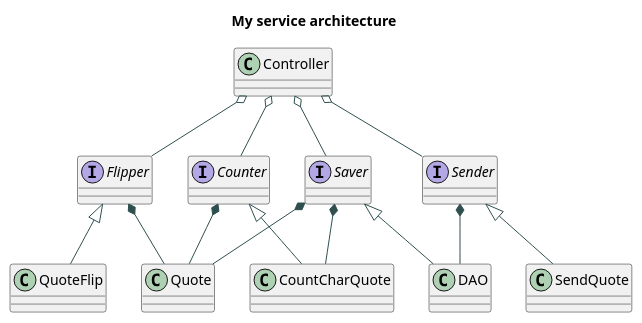
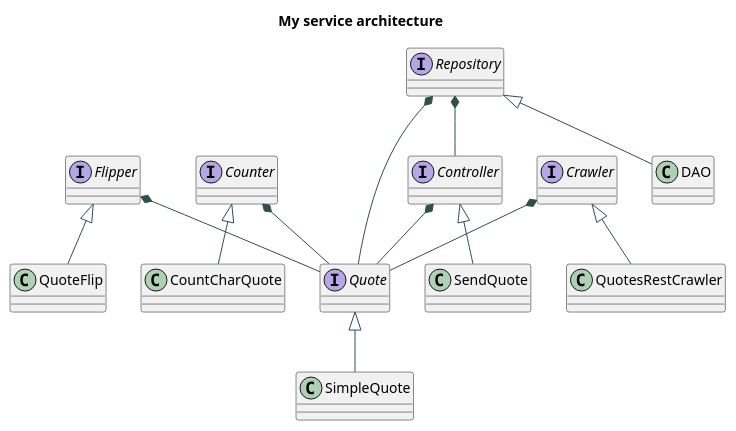
Before and after one commit to Denjer-den/kafkaProject: the diagram in TestUML.puml, drawn with PlantUML.

Commit message:
Add final changes in diagram

```diff
--- a/TestUML.puml
+++ b/TestUML.puml
@@ -1,53 +1,57 @@
 @startuml
 Title "My service architecture"
 skinparam {
   ArrowColor DarkSlateGray
   ActorBorderColor DarkSlateGray
   ActorBackgroundColor SteelBlue
   ActorFontColor DarkSlateGray
   ParticipantBorderColor DarkSlateGray
   ParticipantBackgroundColor SteelBlue
   ParticipantFontColor White
   DatabaseBorderColor DarkSlateGray
   DatabaseBackgroundColor SteelBlue
   LifeLineBorderColor DarkSlateGray
   LifeLineBackgroundColor SteelBlue
   CollectionsBorderColor DarkSlateGray
   CollectionsBackgroundColor RoyalBlue
 }
 
-class Controller
+class SimpleQuote
+
+interface Quote
+
 
 interface Flipper
 
 class QuoteFlip
 
 interface Counter
 
 class CountCharQuote
 
-class Quote
-
-interface Saver
+interface Repository
 
 class DAO
 
+interface Controller
+
 class SendQuote
 
-interface Sender
+interface Crawler
 
+class QuotesRestCrawler
+
+Crawler <|-- QuotesRestCrawler
+Crawler *-- Quote
+Quote <|-- SimpleQuote
 Flipper *-- Quote
 Flipper <|-- QuoteFlip
 Counter *-- Quote
 Counter <|-- CountCharQuote
-Saver *-- Quote
-Saver <|-- DAO
-Sender <|-- SendQuote
-Sender *-- DAO
-Controller o-- Sender
-Controller o-- Flipper
-Controller o-- Counter
-Controller o-- Saver
-Saver *-- CountCharQuote
+Repository *-- Quote
+Repository <|-- DAO
+Controller *-- Quote
+Controller <|-- SendQuote
+Repository *-- Controller
 
 @enduml
```
